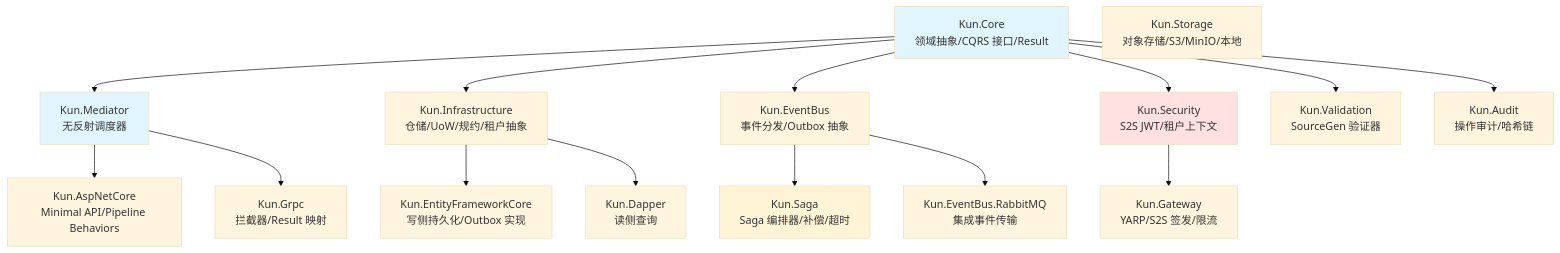
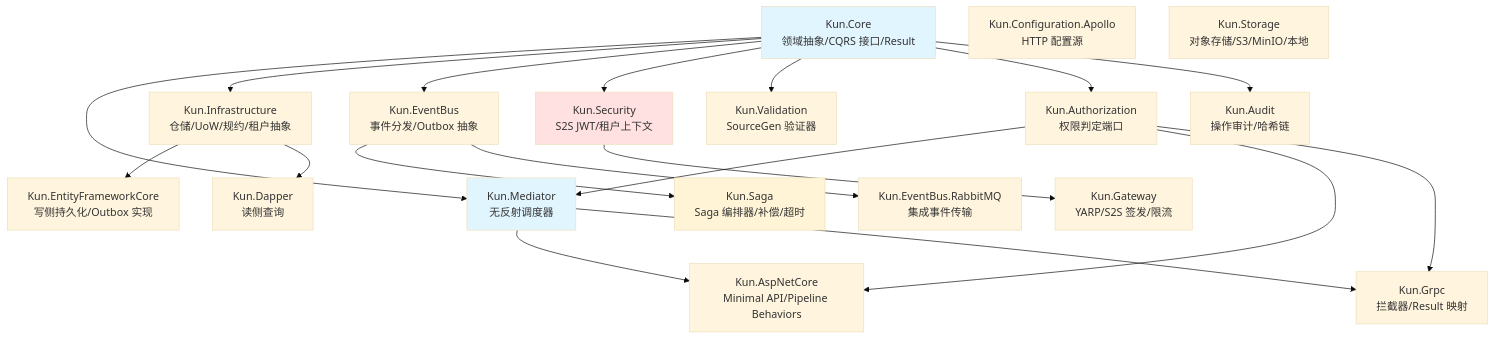
The diagram in docs/architecture/module-map.md (idadawn/kun), drawn with Mermaid (base theme) before and after one commit. The commit also changed other lines of this file and 60 other files, not shown here.

````diff
--- a/docs/architecture/module-map.md
+++ b/docs/architecture/module-map.md
@@ -86,27 +95,32 @@
 ```mermaid
 graph TD
     Core[Kun.Core<br/>领域抽象/CQRS 接口/Result] --> Mediator[Kun.Mediator<br/>无反射调度器]
     Core --> Infra[Kun.Infrastructure<br/>仓储/UoW/规约/租户抽象]
     Core --> EventBus[Kun.EventBus<br/>事件分发/Outbox 抽象]
     Core --> Security[Kun.Security<br/>S2S JWT/租户上下文]
     Core --> Validation[Kun.Validation<br/>SourceGen 验证器]
+    Core --> Authorization[Kun.Authorization<br/>权限判定端口]
+    Authorization --> Mediator
+    Authorization --> AspNet
+    Authorization --> Grpc
+    Apollo[Kun.Configuration.Apollo<br/>HTTP 配置源]
     Core --> Audit[Kun.Audit<br/>操作审计/哈希链]
 
     Infra --> EfCore[Kun.EntityFrameworkCore<br/>写侧持久化/Outbox 实现]
     Infra --> Dapper[Kun.Dapper<br/>读侧查询]
 
     EventBus --> Saga[Kun.Saga<br/>Saga 编排器/补偿/超时]
     EventBus --> RabbitMq[Kun.EventBus.RabbitMQ<br/>集成事件传输]
 
     Storage[Kun.Storage<br/>对象存储/S3/MinIO/本地]
 
     Mediator --> AspNet[Kun.AspNetCore<br/>Minimal API/Pipeline Behaviors]
     Mediator --> Grpc[Kun.Grpc<br/>拦截器/Result 映射]
 
     Security --> Gateway[Kun.Gateway<br/>YARP/S2S 签发/限流]
 
     style Core fill:#e1f5ff
     style Mediator fill:#e1f5ff
     style Security fill:#ffe1e1
     style Saga fill:#fff4d6
 ```
````
